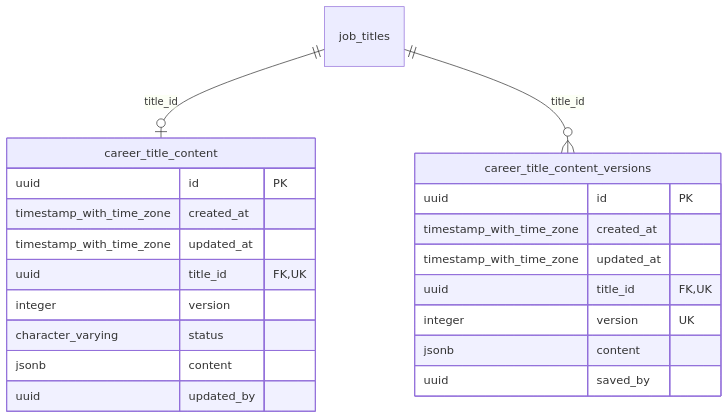
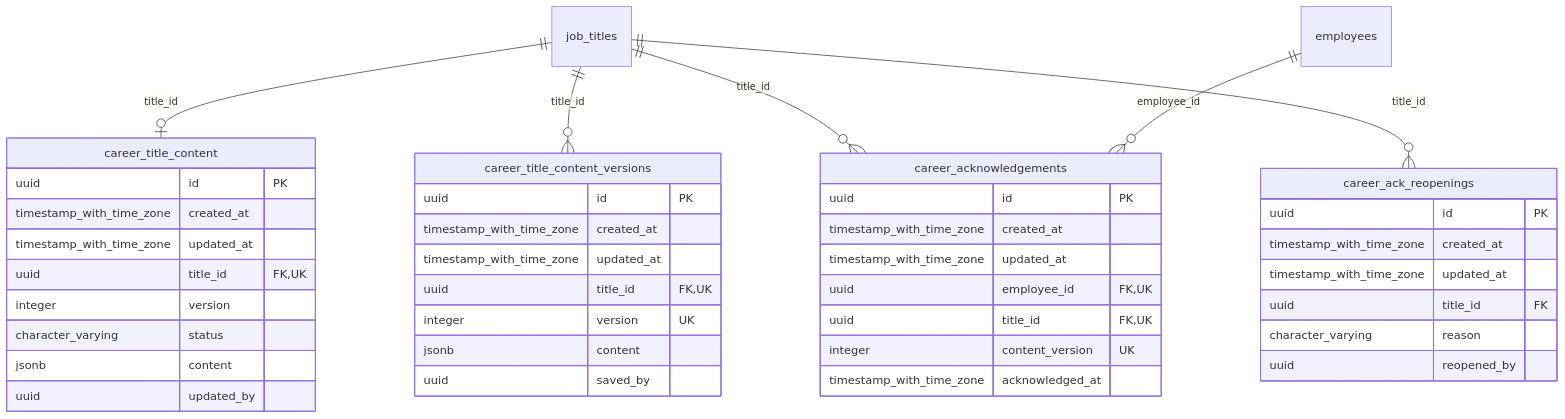
Before and after one commit to Arweqah-Company/arweqah_platform: the tenth of 10 diagrams in docs/database-design.md, drawn with Mermaid. The commit also changed other lines of this file and 145 other files, not shown here.

````diff
--- a/docs/database-design.md
+++ b/docs/database-design.md
@@ -1057,24 +1057,44 @@
 ```mermaid
 erDiagram
   career_title_content {
     uuid id PK
     timestamp_with_time_zone created_at
     timestamp_with_time_zone updated_at
     uuid title_id FK,UK
     integer version
     character_varying status
     jsonb content
     uuid updated_by
   }
   career_title_content_versions {
     uuid id PK
     timestamp_with_time_zone created_at
     timestamp_with_time_zone updated_at
     uuid title_id FK,UK
     integer version UK
     jsonb content
     uuid saved_by
   }
+  career_acknowledgements {
+    uuid id PK
+    timestamp_with_time_zone created_at
+    timestamp_with_time_zone updated_at
+    uuid employee_id FK,UK
+    uuid title_id FK,UK
+    integer content_version UK
+    timestamp_with_time_zone acknowledged_at
+  }
+  career_ack_reopenings {
+    uuid id PK
+    timestamp_with_time_zone created_at
+    timestamp_with_time_zone updated_at
+    uuid title_id FK
+    character_varying reason
+    uuid reopened_by
+  }
   job_titles ||--o| career_title_content : "title_id"
   job_titles ||--o{ career_title_content_versions : "title_id"
+  job_titles ||--o{ career_acknowledgements : "title_id"
+  job_titles ||--o{ career_ack_reopenings : "title_id"
+  employees ||--o{ career_acknowledgements : "employee_id"
 ```
````
